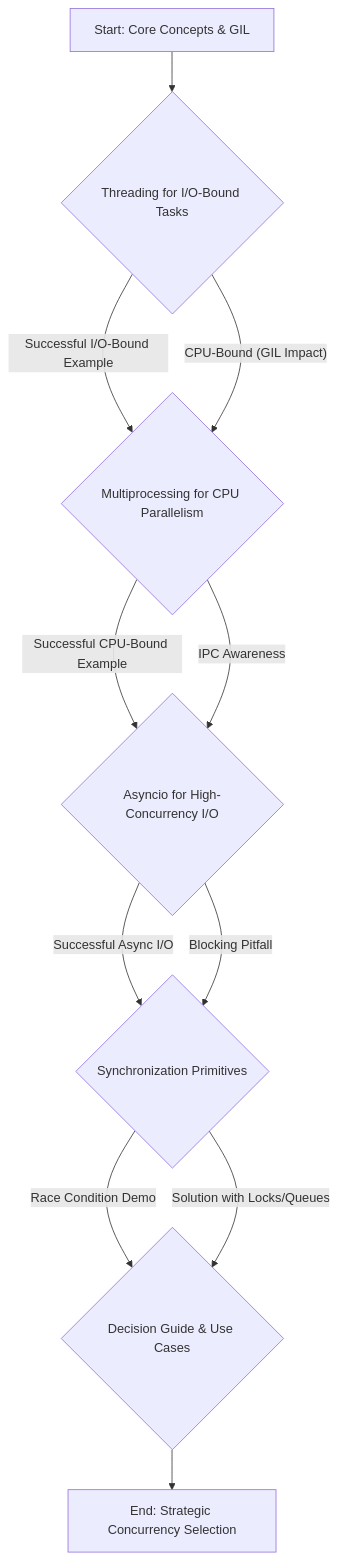
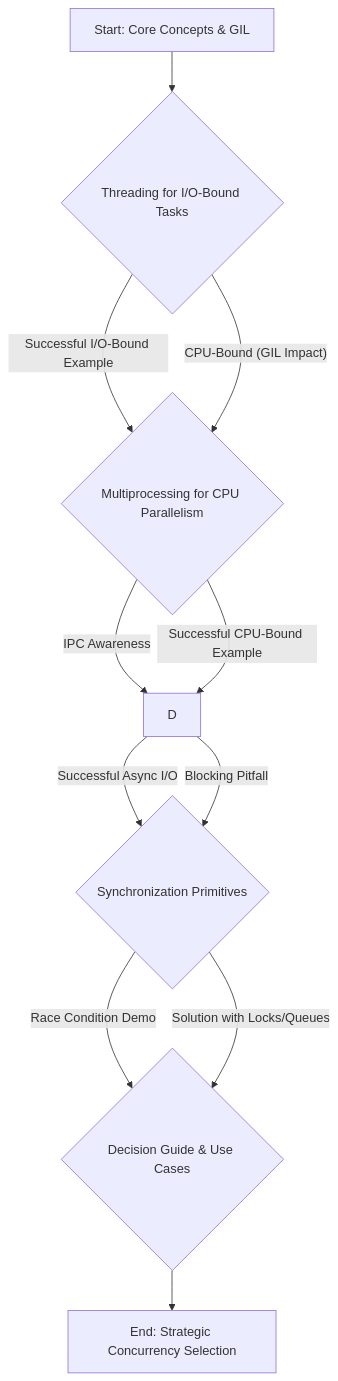
One commit to aastom/python-concurrency-sandbox changed the diagram in README.md. Above: the diagram before and after it, drawn with Mermaid. The commit also changed other lines of this file, not shown here.

````diff
--- a/README.md
+++ b/README.md
@@ -9,13 +9,13 @@
 ```mermaid
 graph TD
     A[Start: Core Concepts & GIL] --> B{Threading for I/O-Bound Tasks};
     B -- Successful I/O-Bound Example --> C{Multiprocessing for CPU Parallelism};
     B -- CPU-Bound (GIL Impact) --> C;
-    C -- Successful CPU-Bound Example --> D{Asyncio for High-Concurrency I/O};
     C -- IPC Awareness --> D;
+    C -- Successful CPU-Bound Example --> D;
     D -- Successful Async I/O --> E{Synchronization Primitives};
     D -- Blocking Pitfall --> E;
     E -- Race Condition Demo --> F{Decision Guide & Use Cases};
     E -- Solution with Locks/Queues --> F;
     F --> G[End: Strategic Concurrency Selection];
 ```
````
